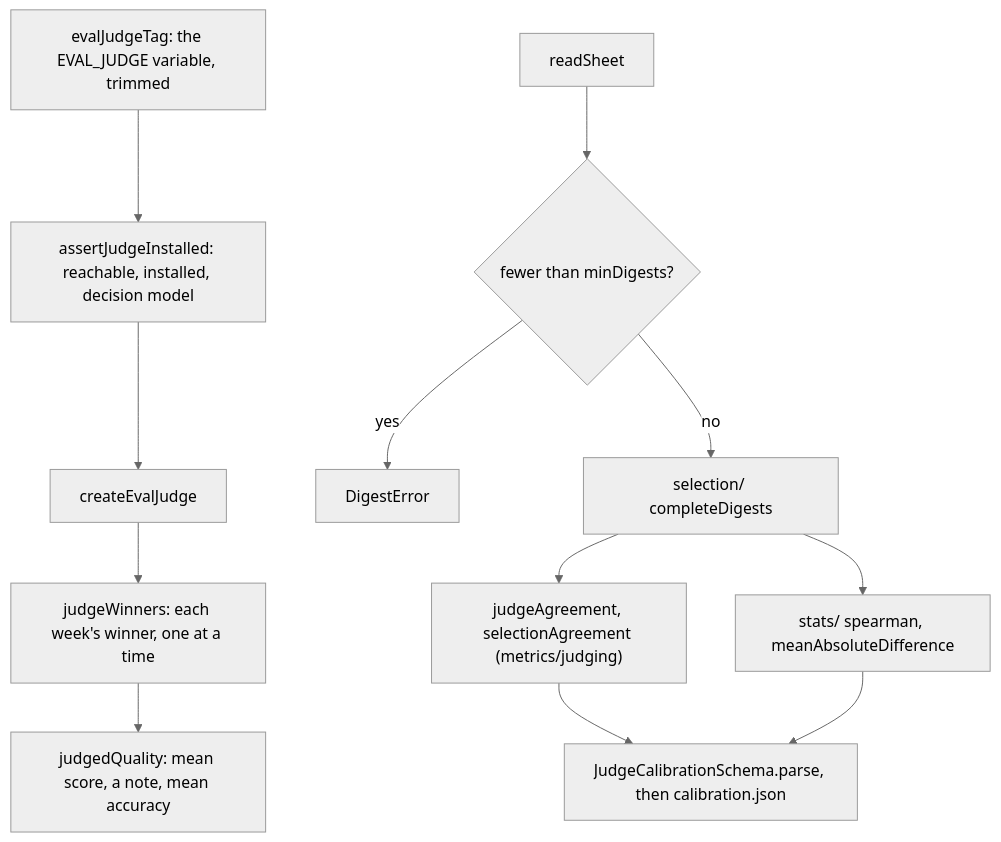
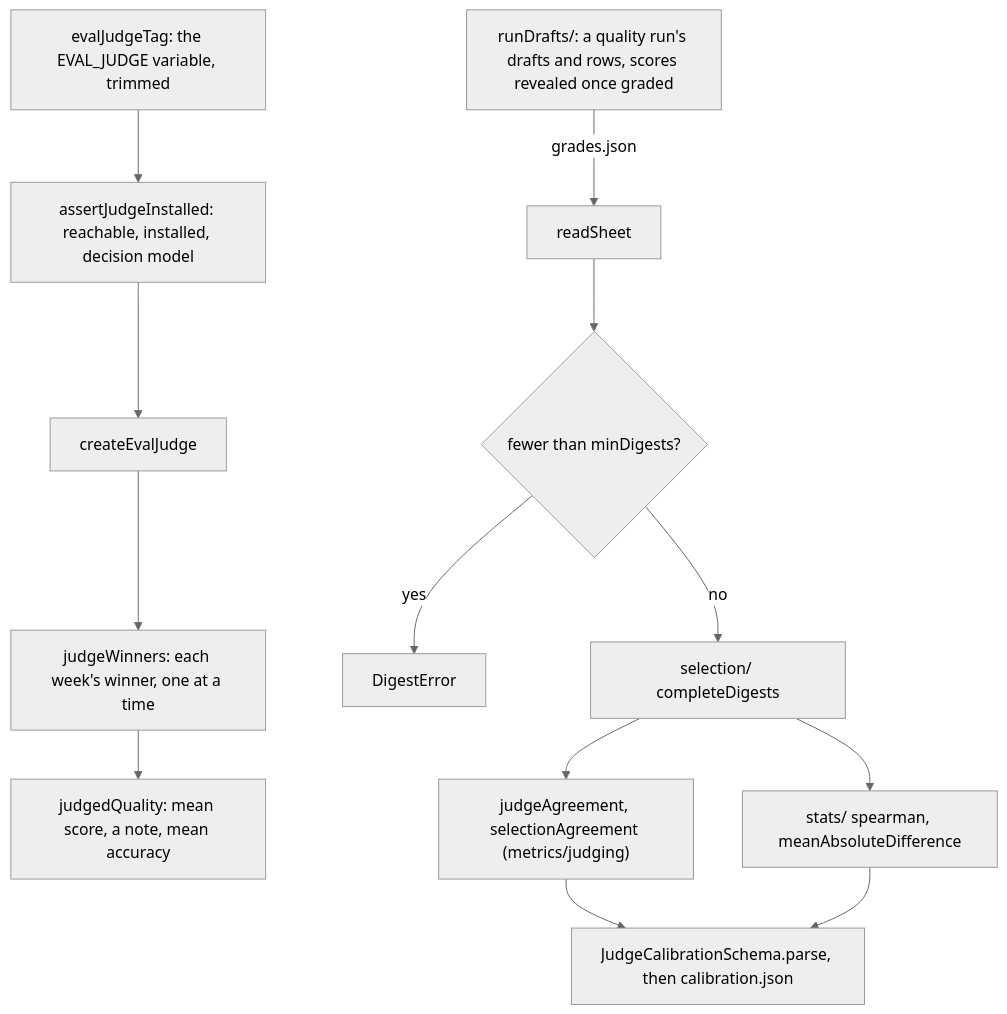
One commit to odere-pro/weekly-engineering-digest-agent changed the second of 2 diagrams in evals/judge/CLAUDE.md. Above: the diagram before and after it, drawn with Mermaid (neutral theme). The commit also changed other lines of this file and 14 other files, not shown here.

First line of the commit message:
feat(evals): add a quality run's drafts to the judge grading sheet

````diff
--- a/evals/judge/CLAUDE.md
+++ b/evals/judge/CLAUDE.md
@@ -23,10 +23,11 @@
 ```mermaid
 flowchart TD
   tag["evalJudgeTag: the EVAL_JUDGE variable, trimmed"] --> installed["assertJudgeInstalled: reachable, installed, decision model"] --> create[createEvalJudge]
   create --> winners["judgeWinners: each week's winner, one at a time"] --> quality["judgedQuality: mean score, a note, mean accuracy"]
+  runs["runDrafts/: a quality run's drafts and rows, scores revealed once graded"] -->|"grades.json"| sheet
   sheet[readSheet] --> few{"fewer than minDigests?"}
   few -->|yes| refuse[DigestError]
   few -->|no| complete["selection/ completeDigests"] --> agree["judgeAgreement, selectionAgreement (metrics/judging)"]
   complete --> stats["stats/ spearman, meanAbsoluteDifference"]
   agree & stats --> out["JudgeCalibrationSchema.parse, then calibration.json"]
 ```
````
